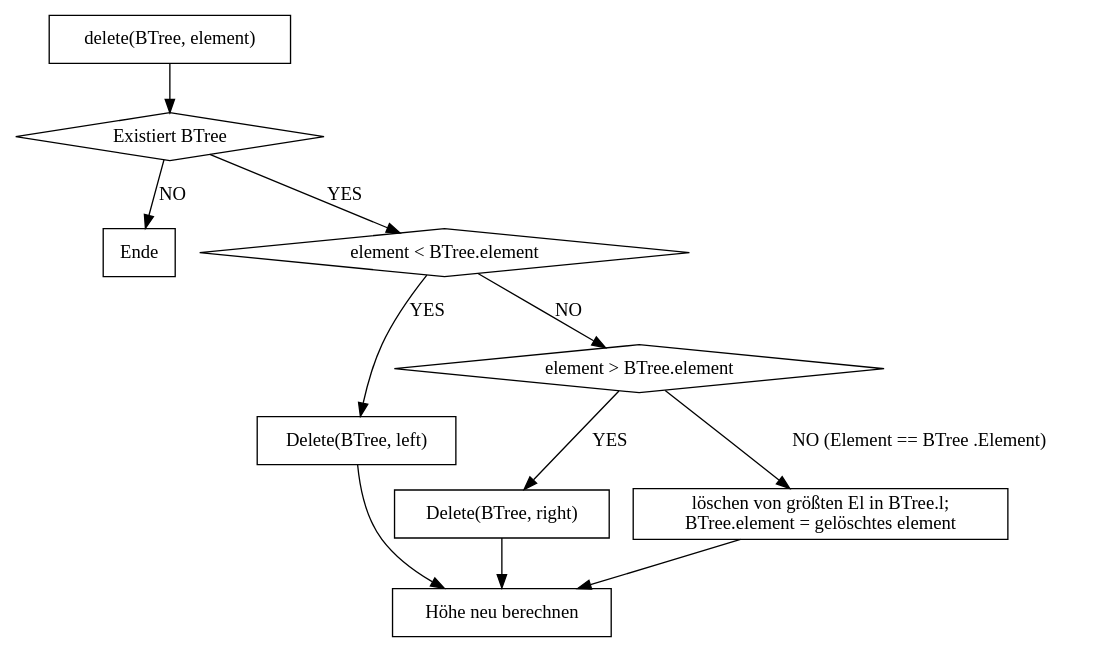
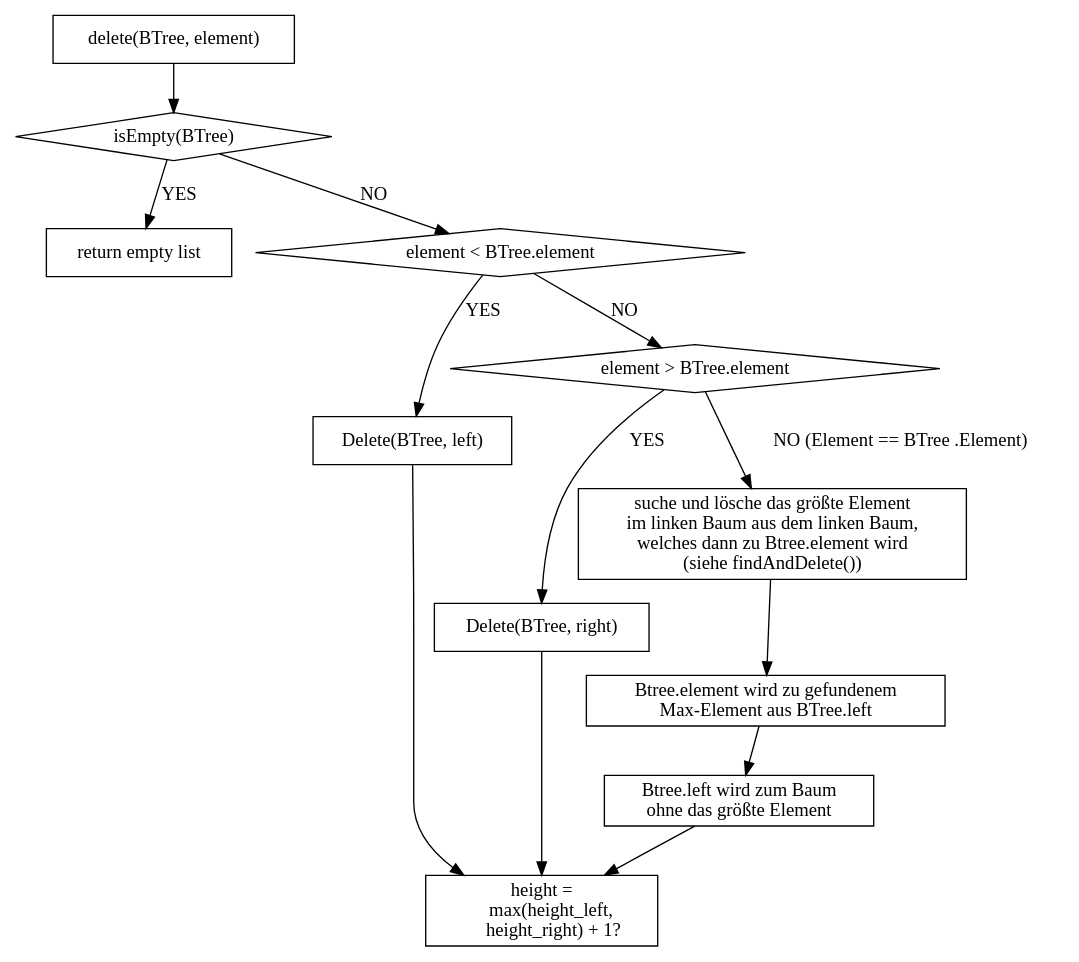
Before and after one commit to hugoppp-uni/Algorithmen-und-Datenstrukturen: the diagram in doc/aufg1/graphViz/delete.gv, drawn with Graphviz. The commit also changed 18 other files, not shown here.

Commit message:
überarbeitung von allem außer isBT und der Laufzeitmessung

```diff
--- a/doc/aufg1/graphViz/delete.gv
+++ b/doc/aufg1/graphViz/delete.gv
@@ -1,24 +1,30 @@
 digraph Q {
 
 node [shape = box];
 compound = true;
 
     a1 [label = "delete(BTree, element)"]
     a1 -> a2
-    a2 [label = "Existiert BTree" shape = diamond]
-    a2-> b2 [label = "NO"]
-    b2 [label = "Ende"]
-    a2 -> a3 [label = "YES"]
+    a2 [label = "isEmpty(BTree)" shape = diamond]
+    a2-> b2 [label = "YES"]
+    b2 [label = "return empty list"]
+    a2 -> a3 [label = "NO"]
     a3 [label = "element < BTree.element" shape = diamond]
     a3 -> smaller [label = "YES"]
     a3 -> a4 [label = "NO"]
     a4 [label = "element > BTree.element" shape = diamond]
     a4 -> larger [label = "YES"]
     a4 -> hilfs [label = "NO (Element == BTree .Element)"]
-    hilfs [label = "löschen von größten El in BTree.l;\nBTree.element = gelöschtes element"]
-    hilfs -> hohe
-    hohe [label = "Höhe neu berechnen"]
+    hilfs [label = "suche und lösche das größte Element\nim linken Baum aus dem linken Baum,\n welches dann zu Btree.element wird\n (siehe findAndDelete())"]
+    hilfs -> a10
+    a10 [label = "Btree.element wird zu gefundenem\nMax-Element aus BTree.left"]
+    a10 -> a11
+    a11 [label = "Btree.left wird zum Baum\nohne das größte Element"]
+    a11 -> hohe
+    hohe [label = "height =
+     max(height_left,
+      height_right) + 1?"]
 
     smaller [label = "Delete(BTree, left)"] smaller -> hohe
     larger [label = "Delete(BTree, right)"] larger -> hohe
 }
```
